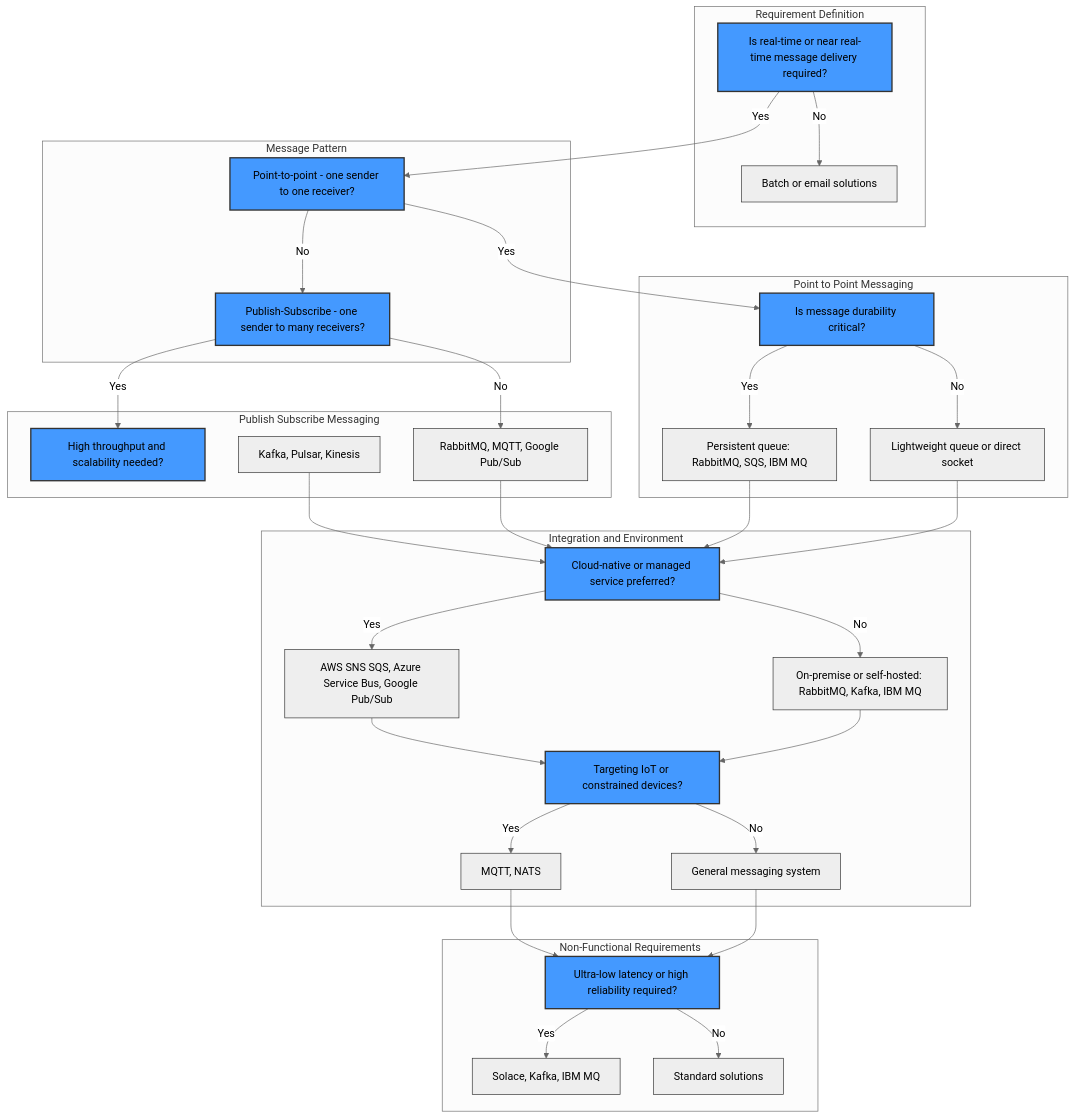
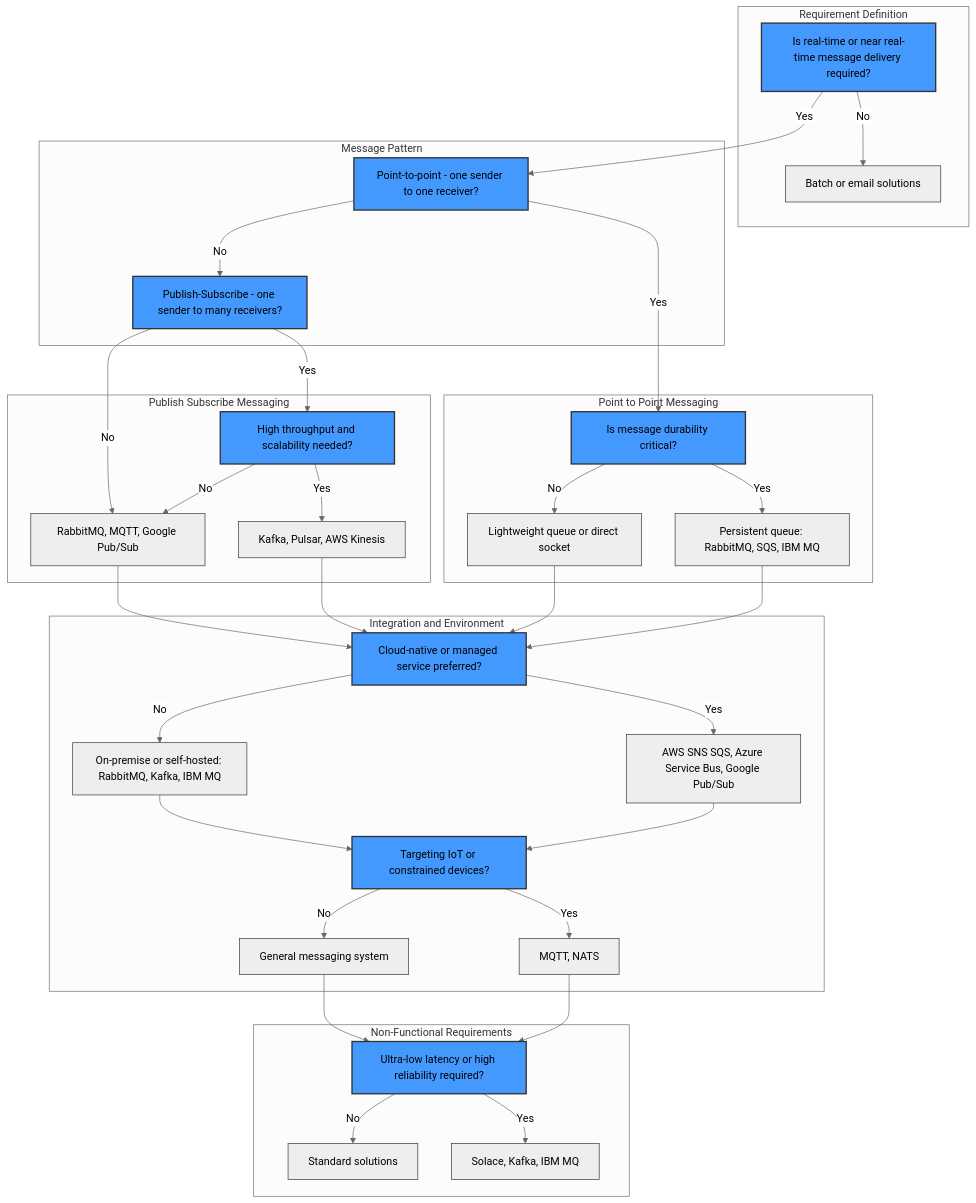
One commit to brunseba/messaging-system-tech-watch changed the diagram in docs/decision-framework/decision-tree.md. Above: the diagram before and after it, drawn with Mermaid (neutral theme).

Commit message:
fix: complete decision tree by adding missing high-throughput path connection
- Add missing connection from D1 (High throughput and scalability needed?) to D2 (Kafka, Pulsar, AWS Kinesis)
- Add missing connection from D1 to D3 for No path
- Clarify AWS Kinesis in high-throughput recommendations
- Fix orphaned decision node that had no input connections
- Ensure decision tree logic flow is complete and functional

```diff
--- a/docs/decision-framework/decision-tree.md
+++ b/docs/decision-framework/decision-tree.md
@@ -52,7 +52,7 @@
     subgraph Pub_Sub["Publish Subscribe Messaging"]
         D1["High throughput and scalability needed?"]
         D1:::decision
-        D2["Kafka, Pulsar, Kinesis"]
+        D2["Kafka, Pulsar, AWS Kinesis"]
         D2:::leaf
         D3["RabbitMQ, MQTT, Google Pub/Sub"]
         D3:::leaf
@@ -93,6 +93,8 @@
     C1 -- "No" --> C3
     B2 -- "Yes" --> D1
     B2 -- "No" --> D3
+    D1 -- "Yes" --> D2
+    D1 -- "No" --> D3
 
     D2 --> E1
     D3 --> E1
```
